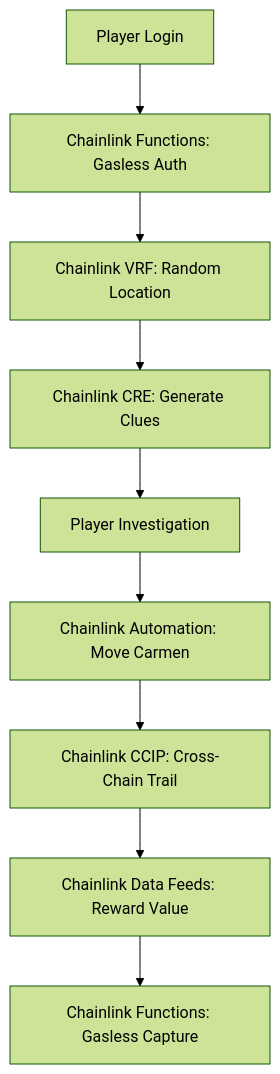
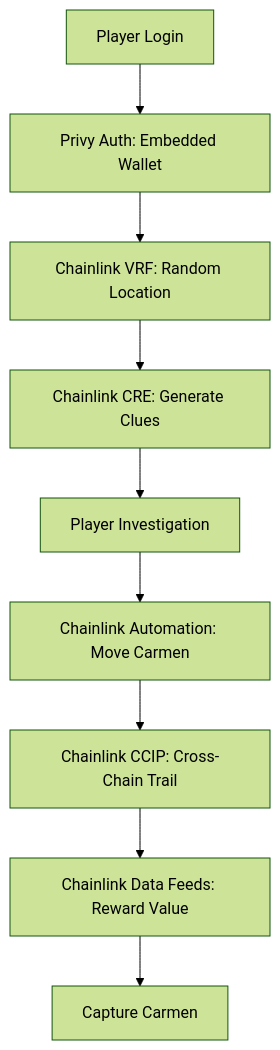
The diagram in README.md (mtrn87/carmen-sandiego-onchain), drawn with Mermaid (forest theme) before and after one commit. The commit also changed other lines of this file and 2 other files, not shown here.

First line of the commit message:
docs: remove all references to Chainlink Functions and fix numbering

````diff
--- a/README.md
+++ b/README.md
@@ -151,11 +133,11 @@
 ```mermaid
 graph TD
-    A[Player Login] --> B[Chainlink Functions: Gasless Auth]
+    A[Player Login] --> B[Privy Auth: Embedded Wallet]
     B --> C[Chainlink VRF: Random Location]
     C --> D[Chainlink CRE: Generate Clues]
     D --> E[Player Investigation]
     E --> F[Chainlink Automation: Move Carmen]
     F --> G[Chainlink CCIP: Cross-Chain Trail]
     G --> H[Chainlink Data Feeds: Reward Value]
-    H --> I[Chainlink Functions: Gasless Capture]
+    H --> I[Capture Carmen]
 ```
````
